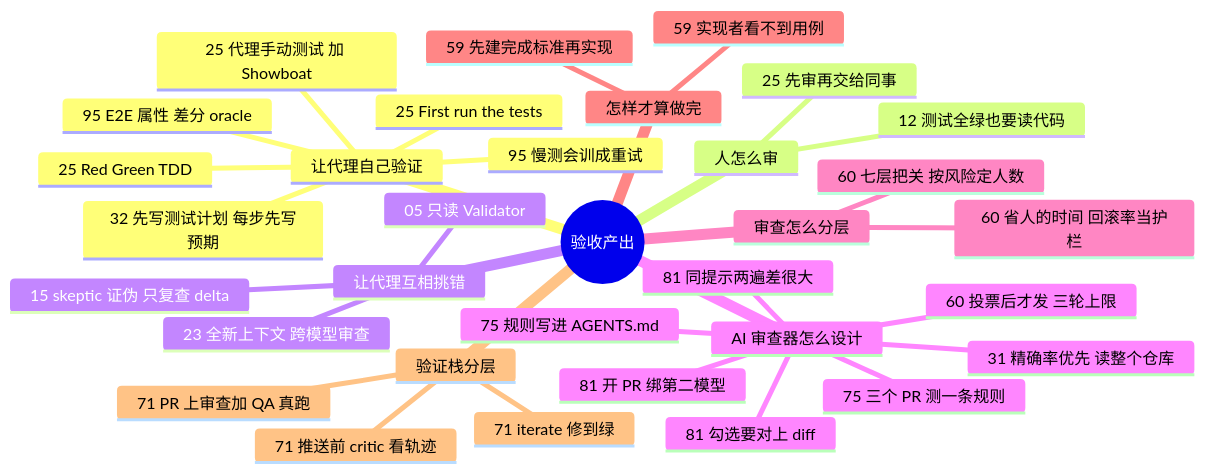
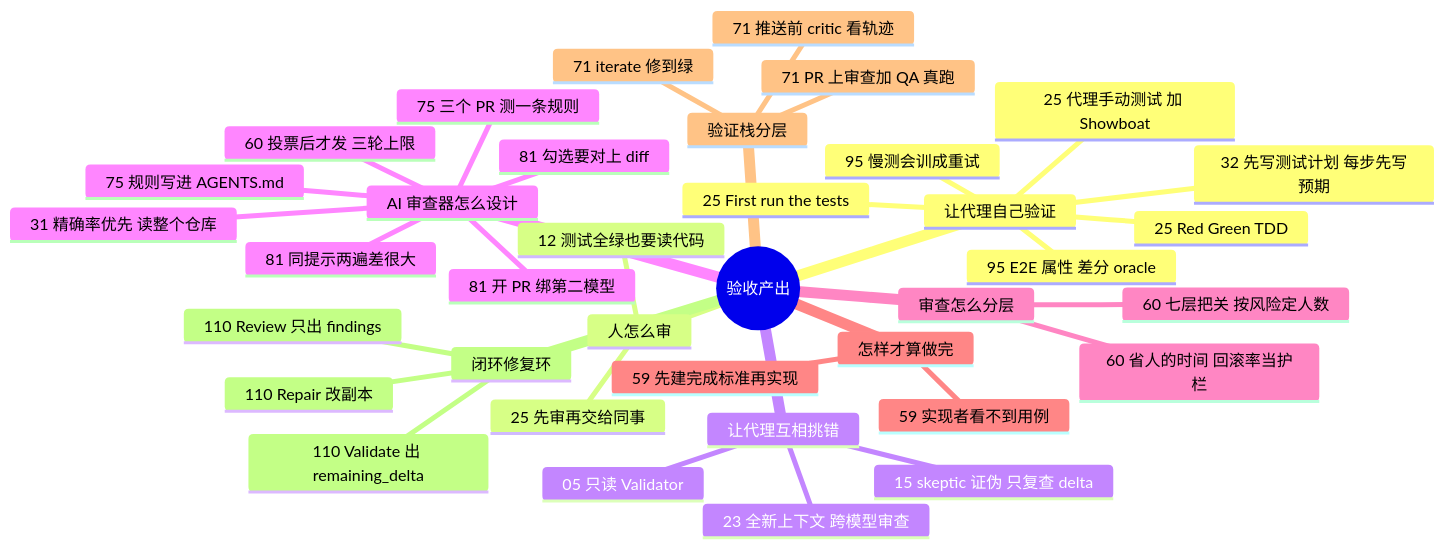
One commit to yzw7489757/ai-coding-videos changed the diagram in docs/guide/review.md. Above: the diagram before and after it, drawn with Mermaid. The commit also changed other lines of this file and 17 other files, not shown here.

First line of the commit message:
第十九批收录 #107–#110：配置面地图、五级对齐、Goals、闭环修复环

````diff
--- a/docs/guide/review.md
+++ b/docs/guide/review.md
@@ -15,36 +15,40 @@
 ```mermaid
 mindmap
   root((验收产出))
     让代理自己验证
       95 E2E 属性 差分 oracle
       95 慢测会训成重试
       25 Red Green TDD
       25 First run the tests
       25 代理手动测试 加 Showboat
       32 先写测试计划 每步先写预期
     人怎么审
       12 测试全绿也要读代码
       25 先审再交给同事
     让代理互相挑错
       15 skeptic 证伪 只复查 delta
       05 只读 Validator
       23 全新上下文 跨模型审查
     AI 审查器怎么设计
       31 精确率优先 读整个仓库
       60 投票后才发 三轮上限
       75 规则写进 AGENTS.md
       75 三个 PR 测一条规则
       81 同提示两遍差很大
       81 开 PR 绑第二模型
       81 勾选要对上 diff
     审查怎么分层
       60 七层把关 按风险定人数
       60 省人的时间 回滚率当护栏
     怎样才算做完
       59 先建完成标准再实现
       59 实现者看不到用例
     验证栈分层
       71 推送前 critic 看轨迹
       71 PR 上审查加 QA 真跑
       71 iterate 修到绿
+    闭环修复环
+      110 Review 只出 findings
+      110 Repair 改副本
+      110 Validate 出 remaining_delta
 ```
````
